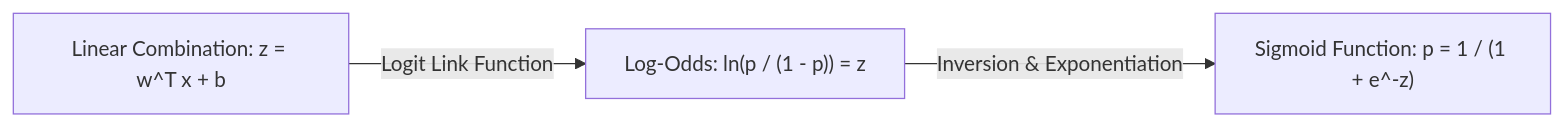
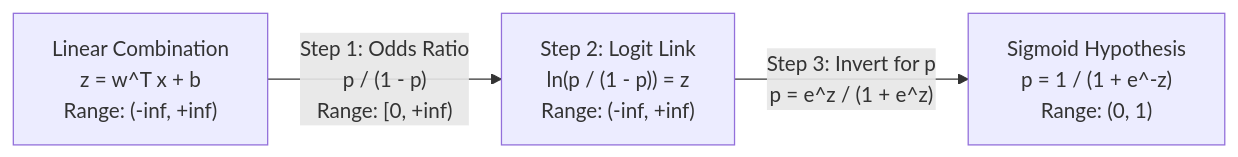
The second of 6 diagrams in docs/Exam-Prep/Machine-Learning/University-Question-Bank/02-part-b-questions.mdx (vettrivel-kl/vettrivel-kl.github.io), drawn with Mermaid before and after one commit. The commit also changed other lines of this file and 1 other file, not shown here.

````diff
--- a/docs/Exam-Prep/Machine-Learning/University-Question-Bank/02-part-b-questions.mdx
+++ b/docs/Exam-Prep/Machine-Learning/University-Question-Bank/02-part-b-questions.mdx
@@ -103,5 +117,5 @@
 ```mermaid
 flowchart LR
-    A["Linear Combination: z = w^T x + b"] -->|"Logit Link Function"| B["Log-Odds: ln(p / (1 - p)) = z"]
-    B -->|"Inversion & Exponentiation"| C["Sigmoid Function: p = 1 / (1 + e^-z)"]
+    A["Linear Combination<br/>z = w^T x + b<br/>Range: (-inf, +inf)"] -->|"Step 1: Odds Ratio<br/>p / (1 - p)<br/>Range: [0, +inf)"| B["Step 2: Logit Link<br/>ln(p / (1 - p)) = z<br/>Range: (-inf, +inf)"]
+    B -->|"Step 3: Invert for p<br/>p = e^z / (1 + e^z)"| C["Sigmoid Hypothesis<br/>p = 1 / (1 + e^-z)<br/>Range: (0, 1)"]
 ```
````
